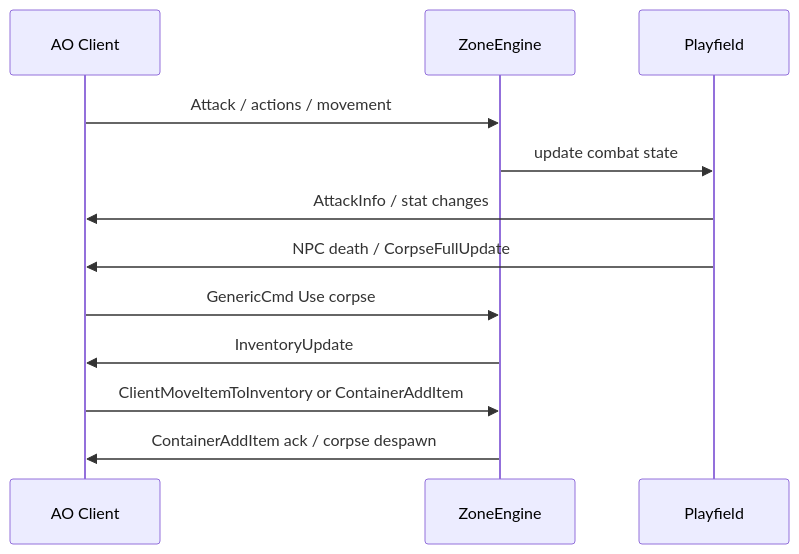
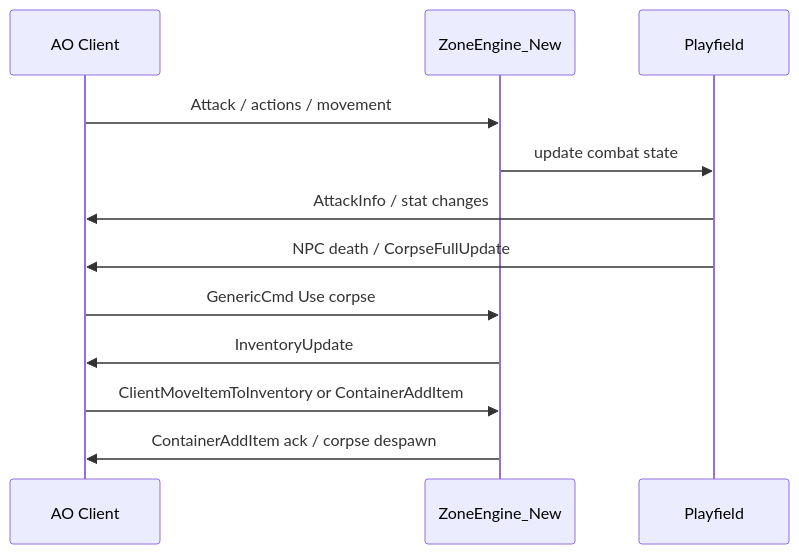
One commit to subarumike/AORebirth changed the third of 4 diagrams in docs/project/ARCHITECTURE.md. Above: the diagram before and after it, drawn with Mermaid. The commit also changed other lines of this file and 16 other files, not shown here.

````diff
--- a/docs/project/ARCHITECTURE.md
+++ b/docs/project/ARCHITECTURE.md
@@ -58,14 +58,14 @@
 ```mermaid
 sequenceDiagram
     participant C as AO Client
-    participant Z as ZoneEngine
+    participant Z as ZoneEngine_New
     participant PF as Playfield
     C->>Z: Attack / actions / movement
     Z->>PF: update combat state
     PF->>C: AttackInfo / stat changes
     PF->>C: NPC death / CorpseFullUpdate
     C->>Z: GenericCmd Use corpse
     Z->>C: InventoryUpdate
     C->>Z: ClientMoveItemToInventory or ContainerAddItem
     Z->>C: ContainerAddItem ack / corpse despawn
 ```
````
